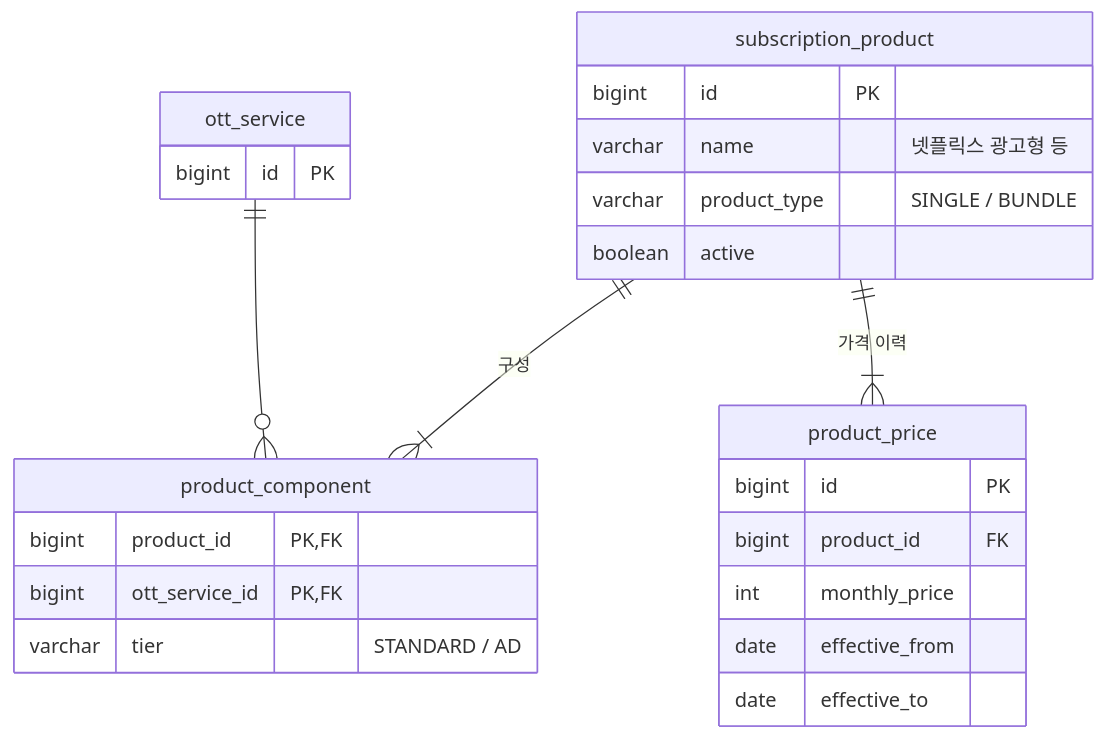
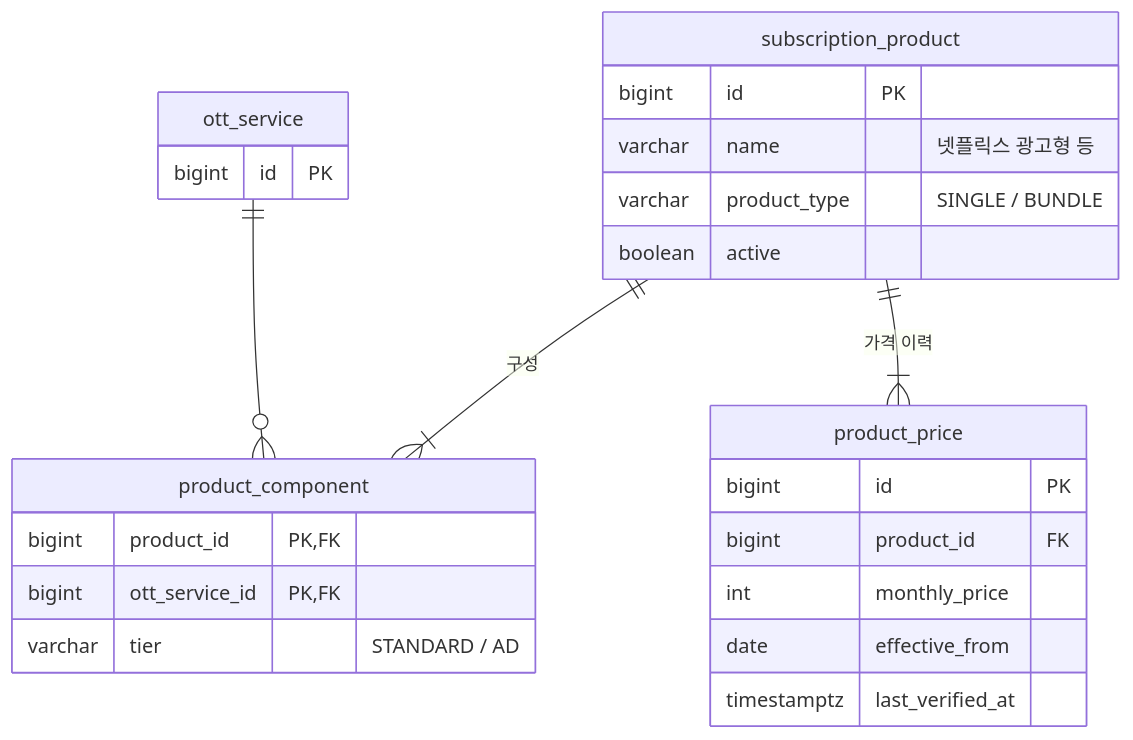
One commit to msw-Hub/ottnavi changed the third of 5 diagrams in docs/ERD.md. Above: the diagram before and after it, drawn with Mermaid. The commit also changed other lines of this file and 2 other files, not shown here.

First line of the commit message:
docs: Task 032 ERD v0.4 보정과 작업 안내서 추가

````diff
--- a/docs/ERD.md
+++ b/docs/ERD.md
@@ -204,27 +208,27 @@
 ```mermaid
 erDiagram
   subscription_product ||--|{ product_component : "구성"
   ott_service ||--o{ product_component : ""
   subscription_product ||--|{ product_price : "가격 이력"
   subscription_product {
     bigint id PK
     varchar name "넷플릭스 광고형 등"
     varchar product_type "SINGLE / BUNDLE"
     boolean active
   }
   product_component {
     bigint product_id PK, FK
     bigint ott_service_id PK, FK
     varchar tier "STANDARD / AD"
   }
   product_price {
     bigint id PK
     bigint product_id FK
     int monthly_price
     date effective_from
-    date effective_to
+    timestamptz last_verified_at
   }
   ott_service {
     bigint id PK
   }
 ```
````
